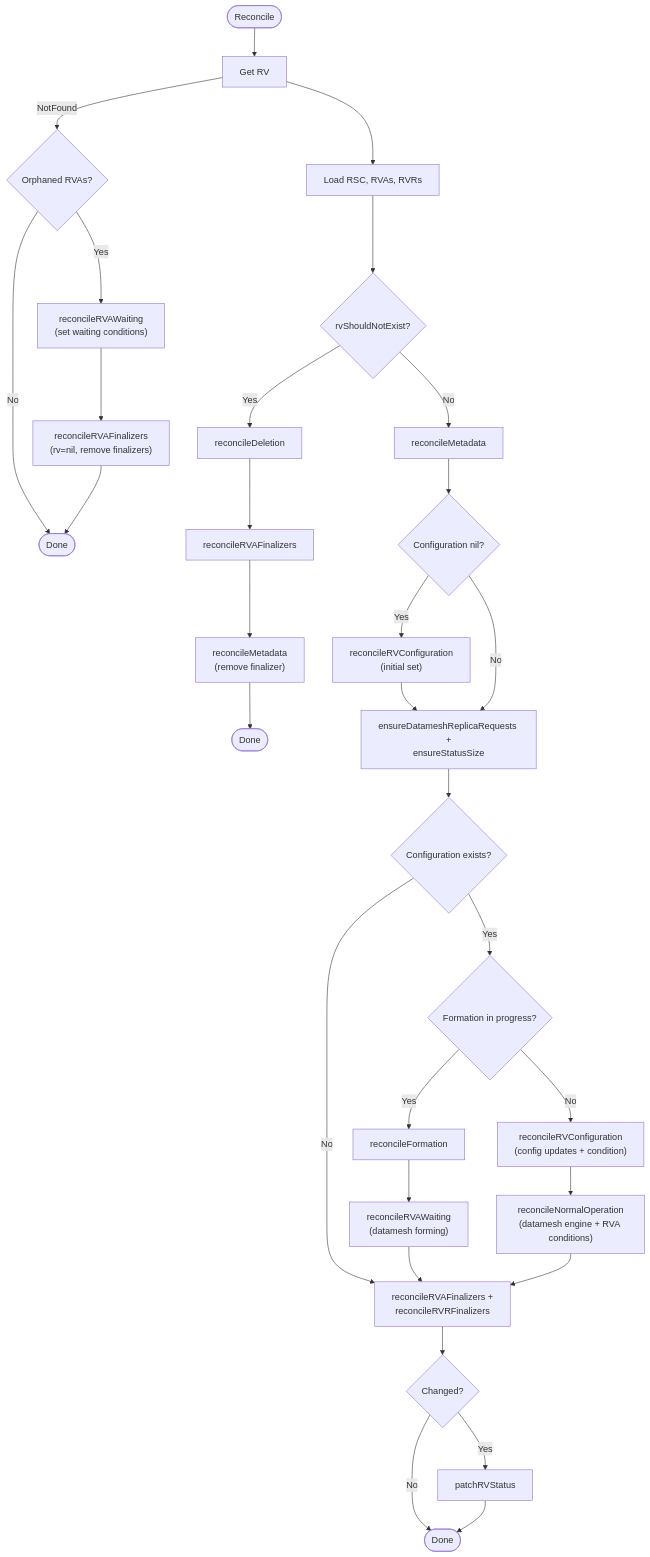
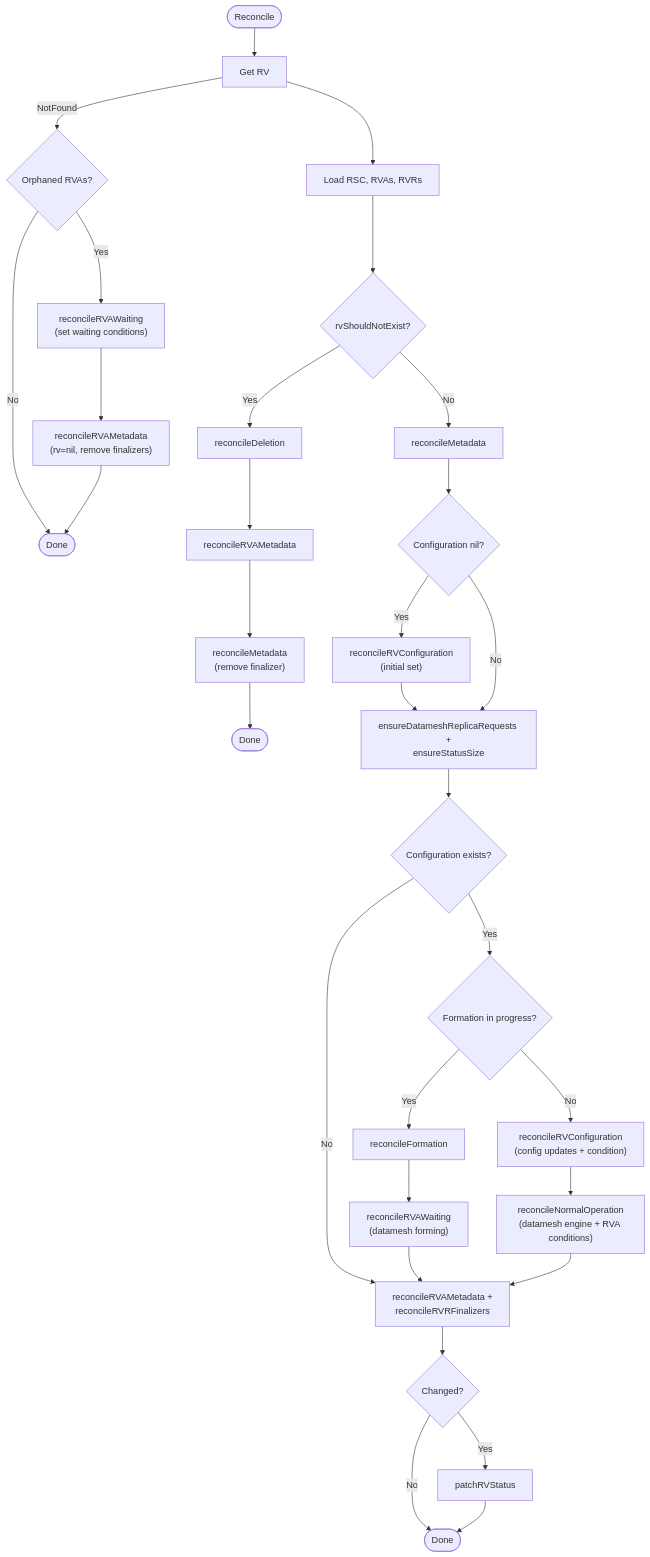
One commit to deckhouse/sds-replicated-volume changed the first of 12 diagrams in images/controller/internal/controllers/rv_controller/README.md. Above: the diagram before and after it, drawn with Mermaid. The commit also changed other lines of this file and 6 other files, not shown here.

````diff
--- a/images/controller/internal/controllers/rv_controller/README.md
+++ b/images/controller/internal/controllers/rv_controller/README.md
@@ -150,39 +150,39 @@
 ```mermaid
 flowchart TD
     Start([Reconcile]) --> GetRV[Get RV]
     GetRV -->|NotFound| CheckOrphanedRVAs{Orphaned RVAs?}
     CheckOrphanedRVAs -->|No| Done1([Done])
     CheckOrphanedRVAs -->|Yes| OrphanedWaiting["reconcileRVAWaiting<br/>(set waiting conditions)"]
-    OrphanedWaiting --> OrphanedFinalizers["reconcileRVAFinalizers<br/>(rv=nil, remove finalizers)"]
+    OrphanedWaiting --> OrphanedFinalizers["reconcileRVAMetadata<br/>(rv=nil, remove finalizers)"]
     OrphanedFinalizers --> Done1
     GetRV --> LoadDeps[Load RSC, RVAs, RVRs]
 
     LoadDeps --> CheckDelete{rvShouldNotExist?}
     CheckDelete -->|Yes| Deletion[reconcileDeletion]
-    Deletion --> RVAFinDel[reconcileRVAFinalizers]
+    Deletion --> RVAFinDel[reconcileRVAMetadata]
     RVAFinDel --> MetaDel["reconcileMetadata<br/>(remove finalizer)"]
     MetaDel --> Done3([Done])
 
     CheckDelete -->|No| Meta[reconcileMetadata]
     Meta --> CheckConfigNil{Configuration nil?}
     CheckConfigNil -->|Yes| InitConfig["reconcileRVConfiguration<br/>(initial set)"]
     InitConfig --> EnsurePending
     CheckConfigNil -->|No| EnsurePending
     EnsurePending["ensureDatameshReplicaRequests +<br/>ensureStatusSize"]
     EnsurePending --> CheckConfig{Configuration exists?}
     CheckConfig -->|No| Finalizers
 
     CheckConfig -->|Yes| CheckForming{Formation in progress?}
     CheckForming -->|Yes| Formation[reconcileFormation]
     Formation --> FormingRVAWaiting["reconcileRVAWaiting<br/>(datamesh forming)"]
     FormingRVAWaiting --> Finalizers
     CheckForming -->|No| UpdateConfig["reconcileRVConfiguration<br/>(config updates + condition)"]
     UpdateConfig --> NormalOp["reconcileNormalOperation<br/>(datamesh engine + RVA conditions)"]
     NormalOp --> Finalizers
 
-    Finalizers["reconcileRVAFinalizers +<br/>reconcileRVRFinalizers"]
+    Finalizers["reconcileRVAMetadata +<br/>reconcileRVRFinalizers"]
     Finalizers --> PatchDecision{Changed?}
     PatchDecision -->|Yes| Patch[patchRVStatus]
     PatchDecision -->|No| EndNode([Done])
     Patch --> EndNode
 ```
````
